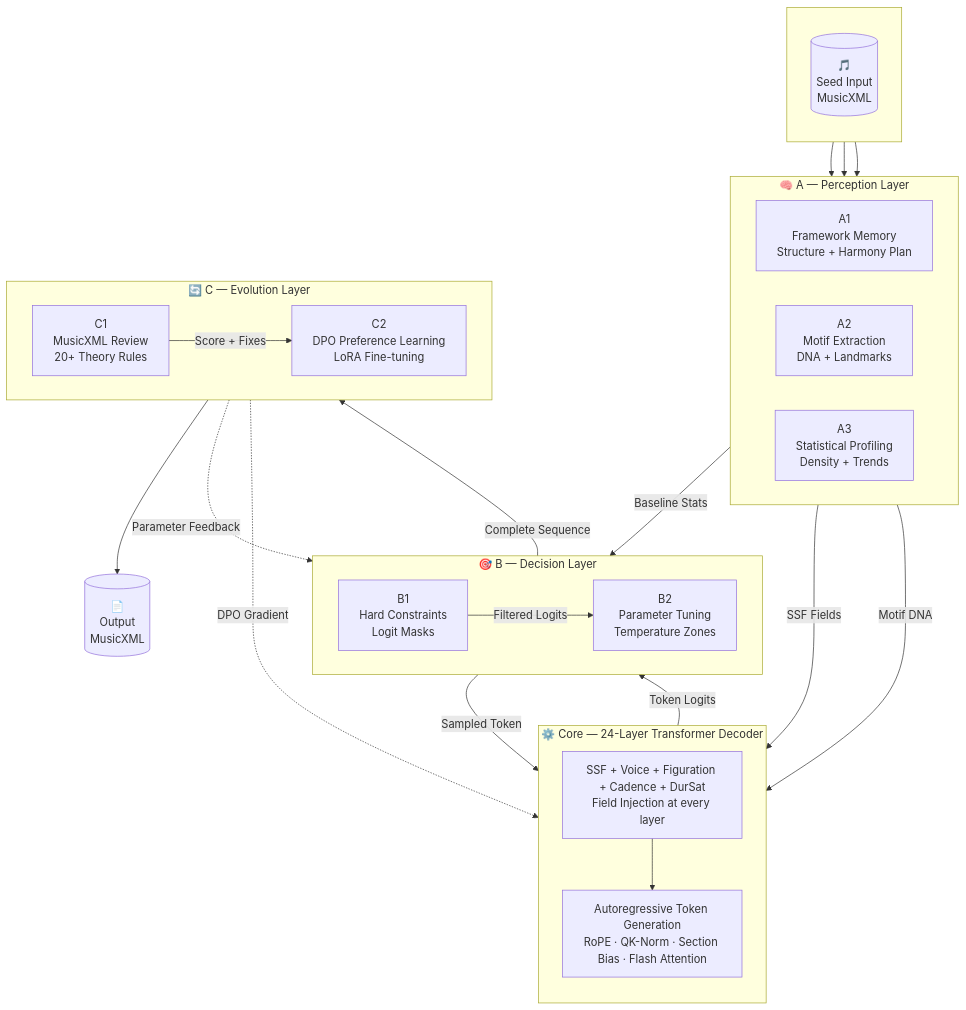
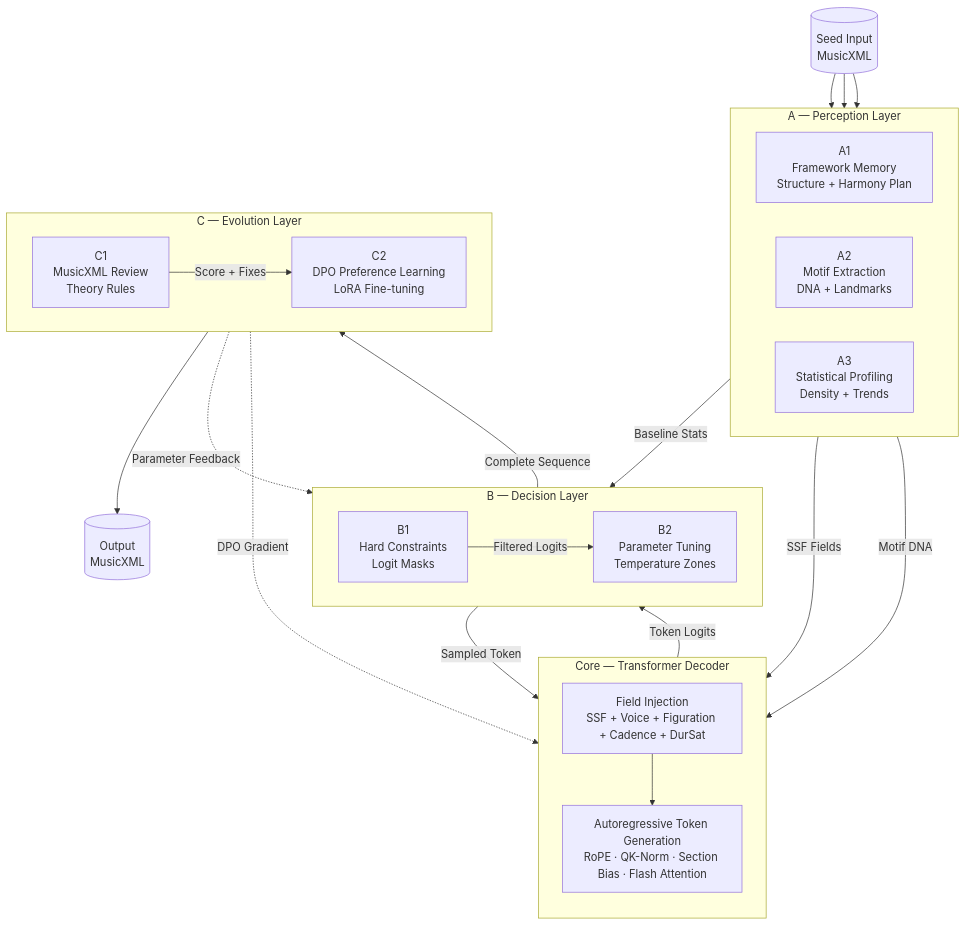
One commit to Derancarls/Chopinote-AI changed the third of 12 diagrams in README.md. Above: the diagram before and after it, drawn with Mermaid. The commit also changed other lines of this file, not shown here.

Commit message:
v0.3.3-pre2: fix Mermaid syntax, remove LMDB/data-pipeline from README

````diff
--- a/README.md
+++ b/README.md
@@ -86,53 +76,50 @@
 ```mermaid
 flowchart TB
-    subgraph " "
-        direction TB
-        SEED[("🎵<br/>Seed Input<br/>MusicXML")]
-    end
+    SEED[("Seed Input<br/>MusicXML")]
 
-    subgraph A["🧠 A — Perception Layer"]
+    subgraph A["A — Perception Layer"]
         direction LR
         A1["A1<br/>Framework Memory<br/>Structure + Harmony Plan"]
         A2["A2<br/>Motif Extraction<br/>DNA + Landmarks"]
         A3["A3<br/>Statistical Profiling<br/>Density + Trends"]
     end
 
-    subgraph CORE["⚙️ Core — 24-Layer Transformer Decoder"]
+    subgraph CORE["Core — Transformer Decoder"]
         direction TB
-        INJ["SSF + Voice + Figuration + Cadence + DurSat<br/>Field Injection at every layer"]
+        INJ["Field Injection<br/>SSF + Voice + Figuration + Cadence + DurSat"]
         TRANS["Autoregressive Token Generation<br/>RoPE · QK-Norm · Section Bias · Flash Attention"]
     end
 
-    subgraph B["🎯 B — Decision Layer"]
+    subgraph B["B — Decision Layer"]
         direction LR
         B1["B1<br/>Hard Constraints<br/>Logit Masks"]
         B2["B2<br/>Parameter Tuning<br/>Temperature Zones"]
     end
 
-    subgraph C["🔄 C — Evolution Layer"]
+    subgraph C["C — Evolution Layer"]
         direction LR
-        C1["C1<br/>MusicXML Review<br/>20+ Theory Rules"]
+        C1["C1<br/>MusicXML Review<br/>Theory Rules"]
         C2["C2<br/>DPO Preference Learning<br/>LoRA Fine-tuning"]
     end
 
-    OUT[("📄<br/>Output<br/>MusicXML")]
+    OUT[("Output<br/>MusicXML")]
 
     SEED --> A1
     SEED --> A2
     SEED --> A3
 
     A1 -->|"SSF Fields"| INJ
     A2 -->|"Motif DNA"| TRANS
     A3 -->|"Baseline Stats"| B1
 
     INJ --> TRANS
     TRANS -->|"Token Logits"| B1
     B1 -->|"Filtered Logits"| B2
     B2 -->|"Sampled Token"| TRANS
     B2 -->|"Complete Sequence"| C1
 
     C1 -->|"Score + Fixes"| C2
     C1 --> OUT
     C2 -.->|"DPO Gradient"| TRANS
     C2 -.->|"Parameter Feedback"| B2
 ```
````
